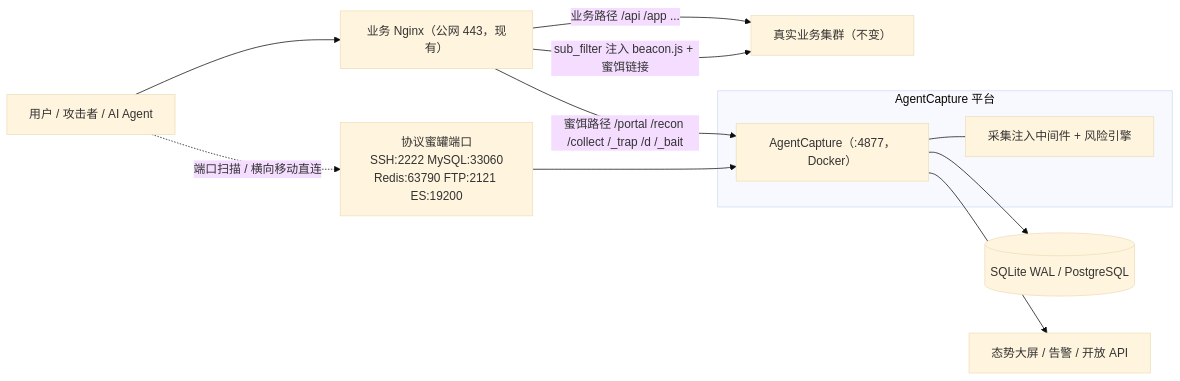
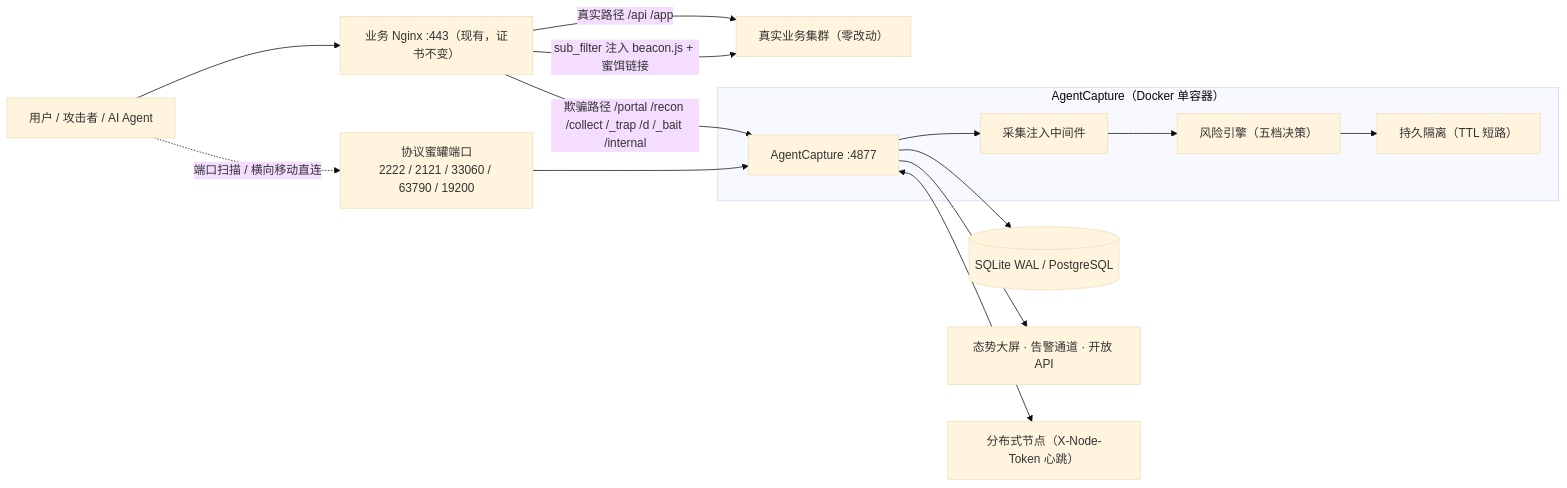
One commit to PolarPeak/AgentCapture changed the first of 6 diagrams in docs/integration.md. Above: the diagram before and after it, drawn with Mermaid (base theme). The commit also changed other lines of this file, not shown here.

````diff
--- a/docs/integration.md
+++ b/docs/integration.md
@@ -21,20 +103,21 @@
 ```mermaid
 flowchart LR
-    U["用户 / 攻击者 / AI Agent"] --> NG["业务 Nginx（公网 443，现有）"]
+    U["用户 / 攻击者 / AI Agent"] --> NG["业务 Nginx :443（现有，证书不变）"]
 
-    NG -- "业务路径 /api /app ..." --> APP["真实业务集群（不变）"]
+    NG -- "真实路径 /api /app" --> APP["真实业务集群（零改动）"]
     NG -- "sub_filter 注入 beacon.js + 蜜饵链接" --> APP
-    NG -- "蜜饵路径 /portal /recon /collect /_trap /d /_bait" --> AC["AgentCapture（:4877，Docker）"]
+    NG -- "欺骗路径 /portal /recon /collect /_trap /d /_bait /internal" --> AC["AgentCapture :4877"]
 
-    subgraph ACBox ["AgentCapture 平台"]
-        AC
-        MW["采集注入中间件 + 风险引擎"]
-        AC --- MW
+    subgraph ACBox ["AgentCapture（Docker 单容器）"]
+        AC --> MW["采集注入中间件"]
+        MW --> RE["风险引擎（五档决策）"]
+        RE --> ISO["持久隔离（TTL 短路）"]
     end
 
     AC --> DB[("SQLite WAL / PostgreSQL")]
-    AC --> SOC["态势大屏 / 告警 / 开放 API"]
+    AC --> SOC["态势大屏 · 告警通道 · 开放 API"]
+    AC <--> NODE["分布式节点（X-Node-Token 心跳）"]
 
-    P["协议蜜罐端口<br/>SSH:2222 MySQL:33060<br/>Redis:63790 FTP:2121 ES:19200"] --> AC
+    P["协议蜜罐端口<br/>2222 / 2121 / 33060 / 63790 / 19200"] --> AC
     U -. "端口扫描 / 横向移动直连" .-> P
 ```
````
